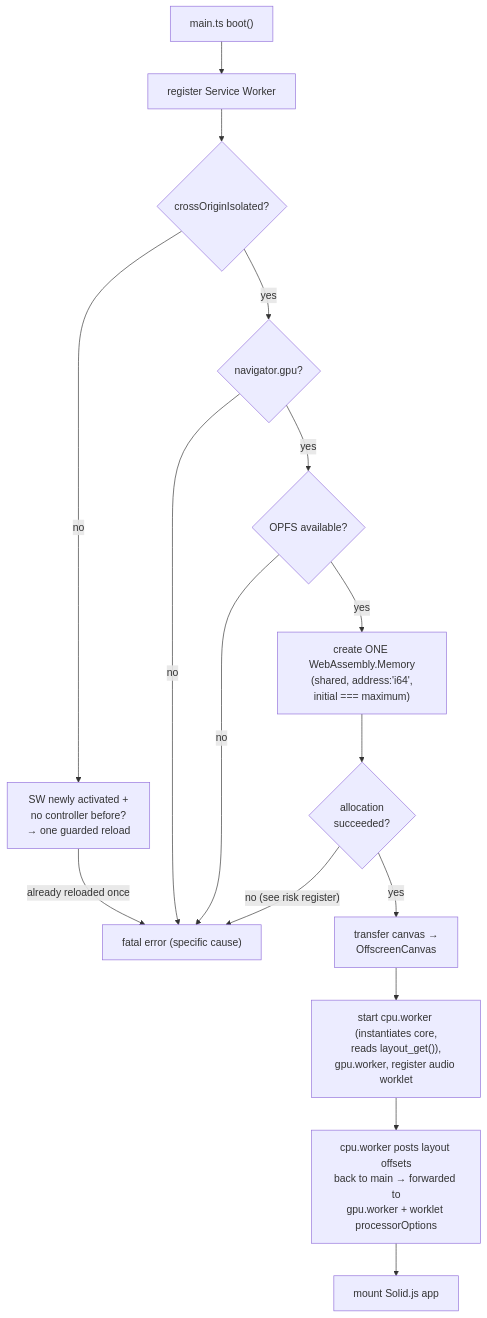
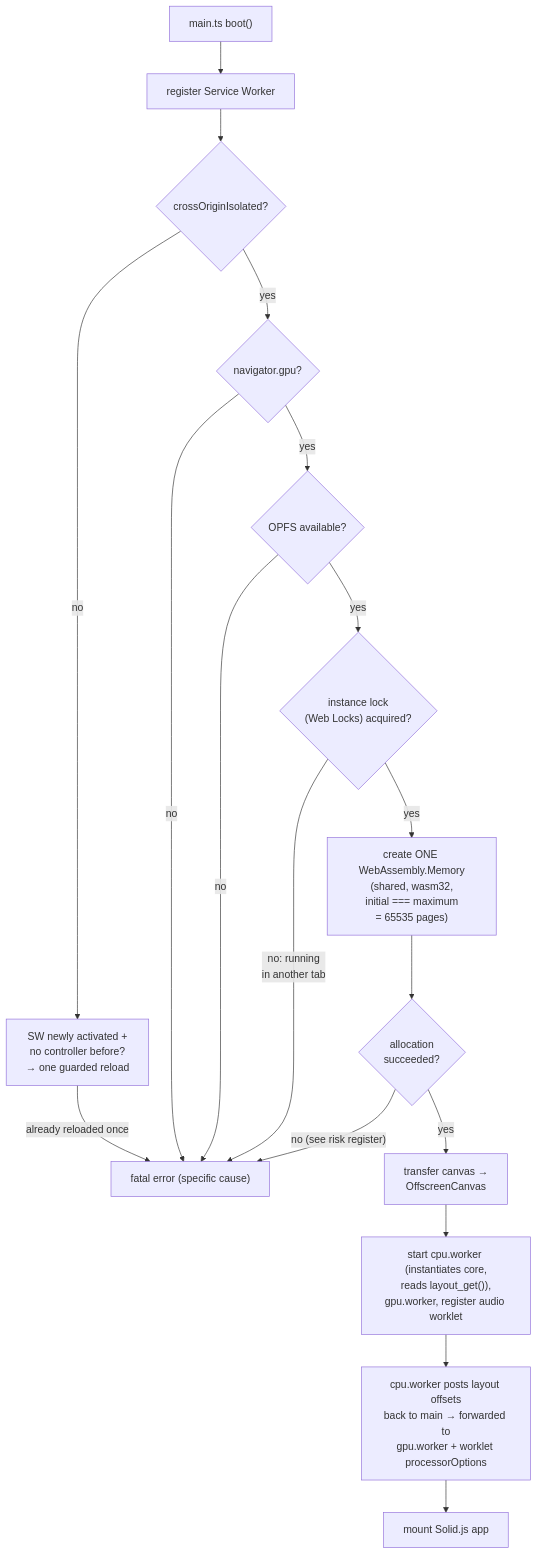
Before and after one commit to voland-emu/Voland: the tenth of 15 diagrams in docs/DESIGN.md, drawn with Mermaid. The commit also changed other lines of this file and 1 other file, not shown here.

````diff
--- a/docs/DESIGN.md
+++ b/docs/DESIGN.md
@@ -1683,28 +1802,31 @@
 ```mermaid
 flowchart TD
     START["main.ts boot()"]
     SWREG["register Service Worker"]
     COI{"crossOriginIsolated?"}
     RELOAD["SW newly activated +<br/>no controller before?<br/>→ one guarded reload"]
     FATAL["fatal error (specific cause)"]
     WGPU{"navigator.gpu?"}
     OPFS{"OPFS available?"}
-    MEM["create ONE WebAssembly.Memory<br/>(shared, address:'i64',<br/>initial === maximum)"]
+    LOCK{"instance lock<br/>(Web Locks) acquired?"}
+    MEM["create ONE WebAssembly.Memory<br/>(shared, wasm32,<br/>initial === maximum<br/>= 65535 pages)"]
     MEMFAIL{"allocation<br/>succeeded?"}
     CANVAS["transfer canvas →<br/>OffscreenCanvas"]
     WORKERS["start cpu.worker (instantiates core,<br/>reads layout_get()),<br/>gpu.worker, register audio worklet"]
     LAYOUT["cpu.worker posts layout offsets<br/>back to main → forwarded to<br/>gpu.worker + worklet processorOptions"]
     APP["mount Solid.js app"]
 
     START --> SWREG --> COI
     COI -->|"no"| RELOAD
     RELOAD -->|"already reloaded once"| FATAL
     COI -->|yes| WGPU
     WGPU -->|no| FATAL
     WGPU -->|yes| OPFS
     OPFS -->|no| FATAL
-    OPFS -->|yes| MEM
+    OPFS -->|yes| LOCK
+    LOCK -->|"no: running<br/>in another tab"| FATAL
+    LOCK -->|yes| MEM
     MEM --> MEMFAIL
     MEMFAIL -->|"no (see risk register)"| FATAL
     MEMFAIL -->|yes| CANVAS --> WORKERS --> LAYOUT --> APP
 ```
````
